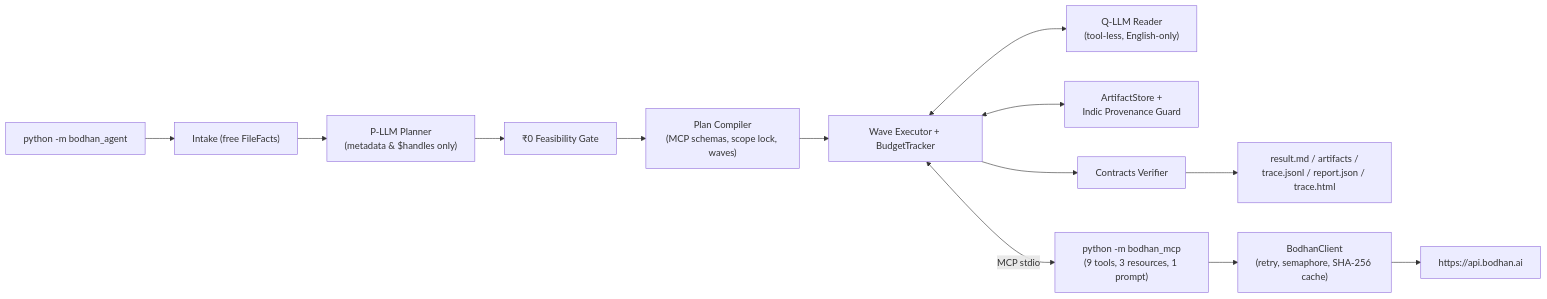
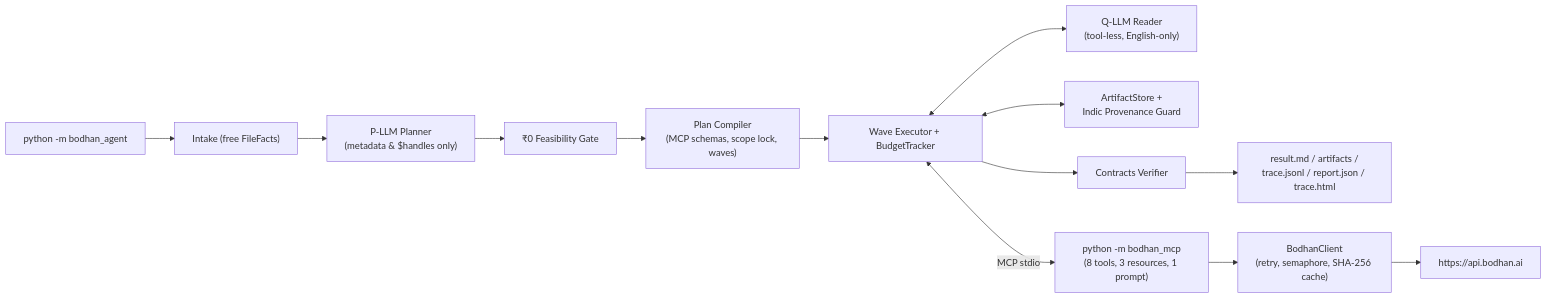
One commit to Bodhan-AI/Bodhan-AI-Cookbook changed the first of 2 diagrams in examples/indic_task_compiler/PR_DESCRIPTION.md. Above: the diagram before and after it, drawn with Mermaid. The commit also changed other lines of this file and 13 other files, not shown here.

````diff
--- a/examples/indic_task_compiler/PR_DESCRIPTION.md
+++ b/examples/indic_task_compiler/PR_DESCRIPTION.md
@@ -47,15 +47,15 @@
 ```mermaid
 flowchart LR
     CLI["python -m bodhan_agent"] --> INTAKE["Intake (free FileFacts)"]
     INTAKE --> PLLM["P-LLM Planner<br/>(metadata & $handles only)"]
     PLLM --> GATE["₹0 Feasibility Gate"]
     GATE --> COMPILER["Plan Compiler<br/>(MCP schemas, scope lock, waves)"]
     COMPILER --> EXEC["Wave Executor + BudgetTracker"]
     EXEC <--> QLLM["Q-LLM Reader<br/>(tool-less, English-only)"]
     EXEC <--> STORE["ArtifactStore +<br/>Indic Provenance Guard"]
     EXEC --> VERIFY["Contracts Verifier"]
     VERIFY --> OUT["result.md / artifacts /<br/>trace.jsonl / report.json / trace.html"]
-    EXEC <-->|"MCP stdio"| MCP["python -m bodhan_mcp<br/>(9 tools, 3 resources, 1 prompt)"]
+    EXEC <-->|"MCP stdio"| MCP["python -m bodhan_mcp<br/>(8 tools, 3 resources, 1 prompt)"]
     MCP --> CLIENT["BodhanClient<br/>(retry, semaphore, SHA-256 cache)"]
     CLIENT --> API["https://api.bodhan.ai"]
 ```
````
